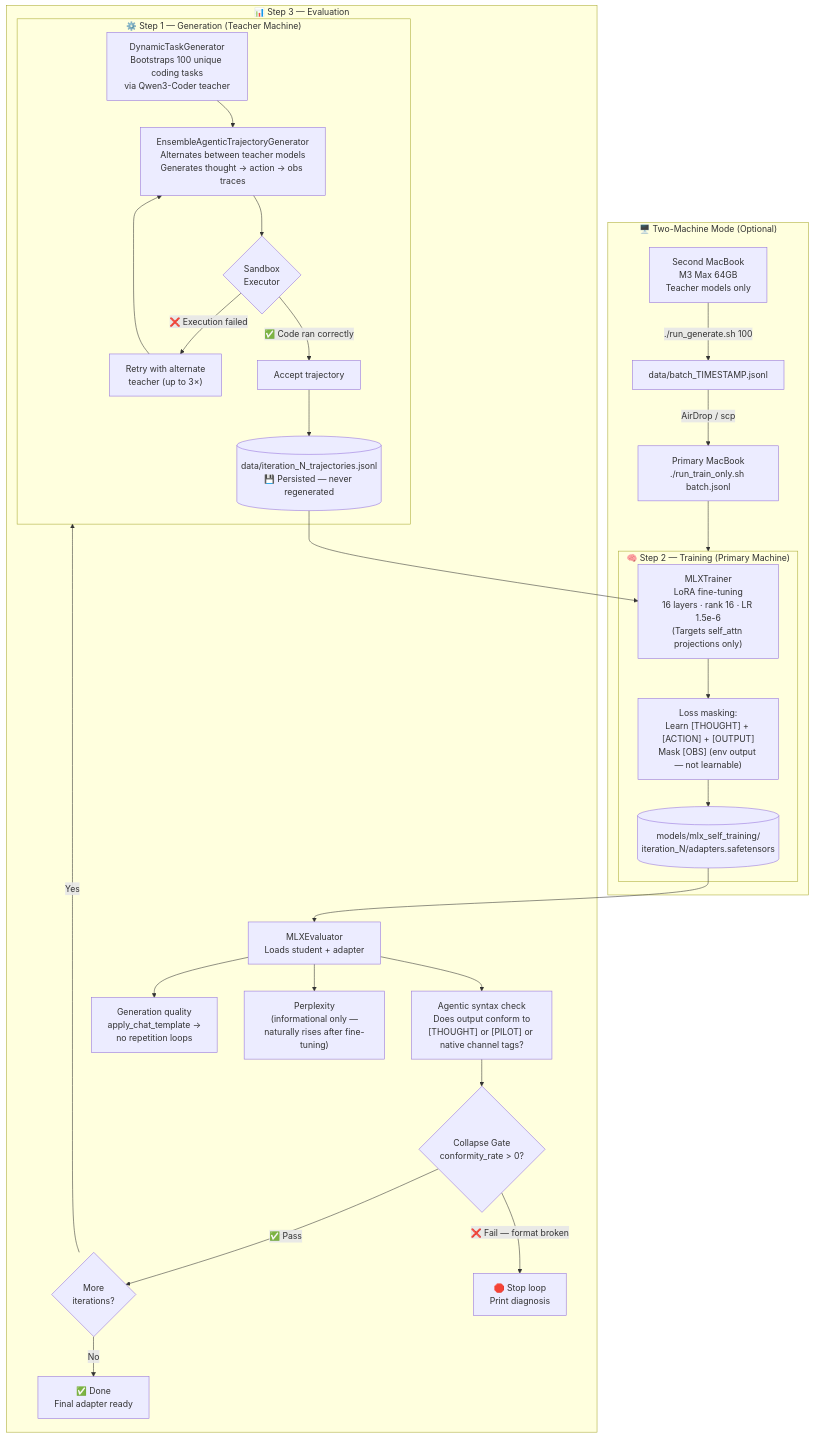
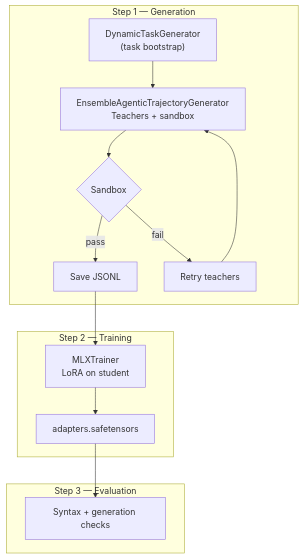
Before and after one commit to True2456/DingoAI: the diagram in README.md, drawn with Mermaid. The commit also changed other lines of this file and 2 other files, not shown here.

````diff
--- a/README.md
+++ b/README.md
@@ -7,35 +62,17 @@
 ```mermaid
 flowchart TD
-    subgraph GENERATE["⚙️ Step 1 — Generation (Teacher Machine)"]
-        A["DynamicTaskGenerator\nBootstraps 100 unique coding tasks\nvia Qwen3-Coder teacher"] --> B["EnsembleAgenticTrajectoryGenerator\nAlternates between teacher models\nGenerates thought → action → obs traces"]
-        B --> C{"Sandbox\nExecutor"}
-        C -->|"✅ Code ran correctly"| D["Accept trajectory"]
-        C -->|"❌ Execution failed"| E["Retry with alternate\nteacher (up to 3×)"]
+    subgraph GENERATE["Step 1 — Generation"]
+        A["DynamicTaskGenerator\n(task bootstrap)"] --> B["EnsembleAgenticTrajectoryGenerator\nTeachers + sandbox"]
+        B --> C{"Sandbox"}
+        C -->|pass| D["Save JSONL"]
+        C -->|fail| E["Retry teachers"]
         E --> B
-        D --> F[("data/iteration_N_trajectories.jsonl\n💾 Persisted — never regenerated")]
     end
-
-    subgraph TRAIN["🧠 Step 2 — Training (Primary Machine)"]
-        F --> G["MLXTrainer\nLoRA fine-tuning\n16 layers · rank 16 · LR 1.5e-6\n(Targets self_attn projections only)"]
-        G --> H["Loss masking:\nLearn [THOUGHT] + [ACTION] + [OUTPUT]\nMask [OBS] (env output — not learnable)"]
-        H --> I[("models/mlx_self_training/\niteration_N/adapters.safetensors")]
+    subgraph TRAIN["Step 2 — Training"]
+        D --> F["MLXTrainer\nLoRA on student"]
+        F --> G["adapters.safetensors"]
     end
-
-    subgraph EVAL["📊 Step 3 — Evaluation"]
-        I --> J["MLXEvaluator\nLoads student + adapter"]
-        J --> K["Agentic syntax check\nDoes output conform to\n[THOUGHT] or [PILOT] or native channel tags?"]
-        J --> L["Generation quality\napply_chat_template →\nno repetition loops"]
-        J --> M["Perplexity\n(informational only —\nnaturally rises after fine-tuning)"]
-        K --> N{"Collapse Gate\nconformity_rate > 0?"}
-        N -->|"✅ Pass"| O{"More\niterations?"}
-        N -->|"❌ Fail — format broken"| P["🛑 Stop loop\nPrint diagnosis"]
-        O -->|"Yes"| GENERATE
-        O -->|"No"| Q["✅ Done\nFinal adapter ready"]
-    end
-
-    subgraph TWOMACHINE["🖥️ Two-Machine Mode (Optional)"]
-        R["Second MacBook\nM3 Max 64GB\nTeacher models only"] -->|"./run_generate.sh 100"| S["data/batch_TIMESTAMP.jsonl"]
-        S -->|"AirDrop / scp"| T["Primary MacBook\n./run_train_only.sh batch.jsonl"]
-        T --> TRAIN
+    subgraph EVAL["Step 3 — Evaluation"]
+        G --> H["Syntax + generation checks"]
     end
 ```
````
